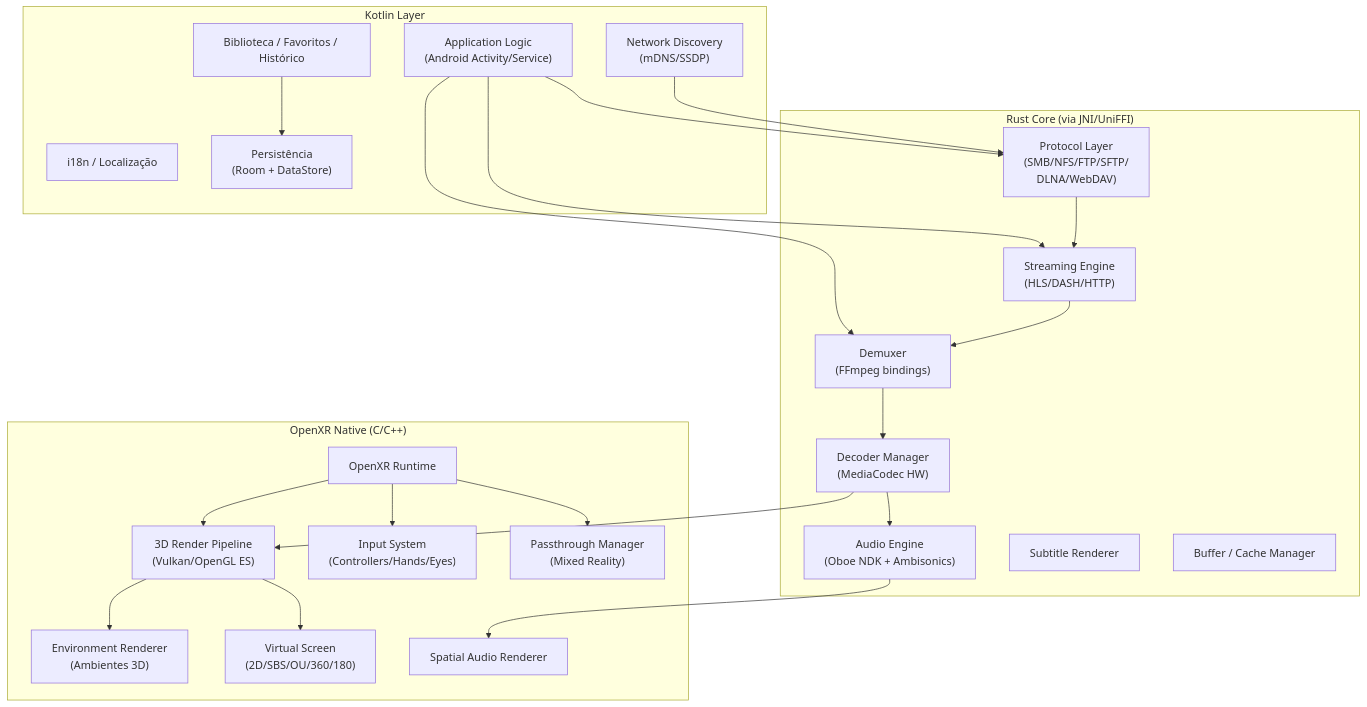
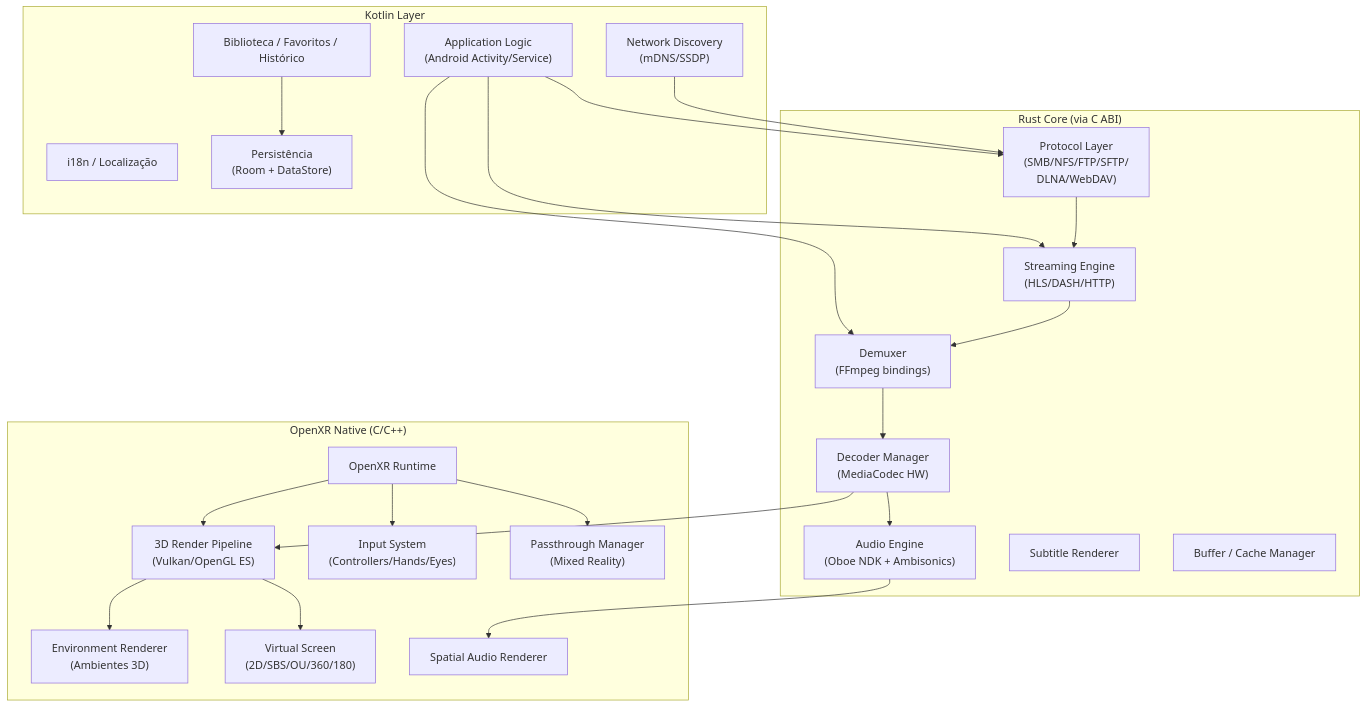
The diagram in docs/REQUIREMENTS.md (BGLuis/tucaVR), drawn with Mermaid before and after one commit. The commit also changed other lines of this file and 1 other file, not shown here.

Commit message:
fix(activity): integrar declarações JNI de legendas, áudio espacial e térmico

````diff
--- a/docs/REQUIREMENTS.md
+++ b/docs/REQUIREMENTS.md
@@ -25,47 +25,47 @@
 ```mermaid
 graph TB
     subgraph "Kotlin Layer"
         APP["Application Logic<br/>(Android Activity/Service)"]
         I18N["i18n / Localização"]
         PERSIST["Persistência<br/>(Room + DataStore)"]
         NET_DISC["Network Discovery<br/>(mDNS/SSDP)"]
         LIB["Biblioteca / Favoritos / Histórico"]
     end
 
-    subgraph "Rust Core (via JNI/UniFFI)"
+    subgraph "Rust Core (via C ABI)"
         DEMUX["Demuxer<br/>(FFmpeg bindings)"]
         DECODE["Decoder Manager<br/>(MediaCodec HW)"]
         AUDIO["Audio Engine<br/>(Oboe NDK + Ambisonics)"]
         STREAM["Streaming Engine<br/>(HLS/DASH/HTTP)"]
         PROTO["Protocol Layer<br/>(SMB/NFS/FTP/SFTP/<br/>DLNA/WebDAV)"]
         SUBS["Subtitle Renderer"]
         CACHE["Buffer / Cache Manager"]
     end
 
     subgraph "OpenXR Native (C/C++)"
         XR["OpenXR Runtime"]
         RENDER["3D Render Pipeline<br/>(Vulkan/OpenGL ES)"]
         ENV["Environment Renderer<br/>(Ambientes 3D)"]
         SCREEN["Virtual Screen<br/>(2D/SBS/OU/360/180)"]
         INPUT["Input System<br/>(Controllers/Hands/Eyes)"]
         SPATIAL["Spatial Audio Renderer"]
         PASS["Passthrough Manager<br/>(Mixed Reality)"]
     end
 
     APP --> DEMUX
     APP --> STREAM
     APP --> PROTO
     NET_DISC --> PROTO
     DEMUX --> DECODE
     DECODE --> RENDER
     DECODE --> AUDIO
     AUDIO --> SPATIAL
     STREAM --> DEMUX
     PROTO --> STREAM
     XR --> RENDER
     XR --> INPUT
     XR --> PASS
     RENDER --> ENV
     RENDER --> SCREEN
     LIB --> PERSIST
 ```
````
